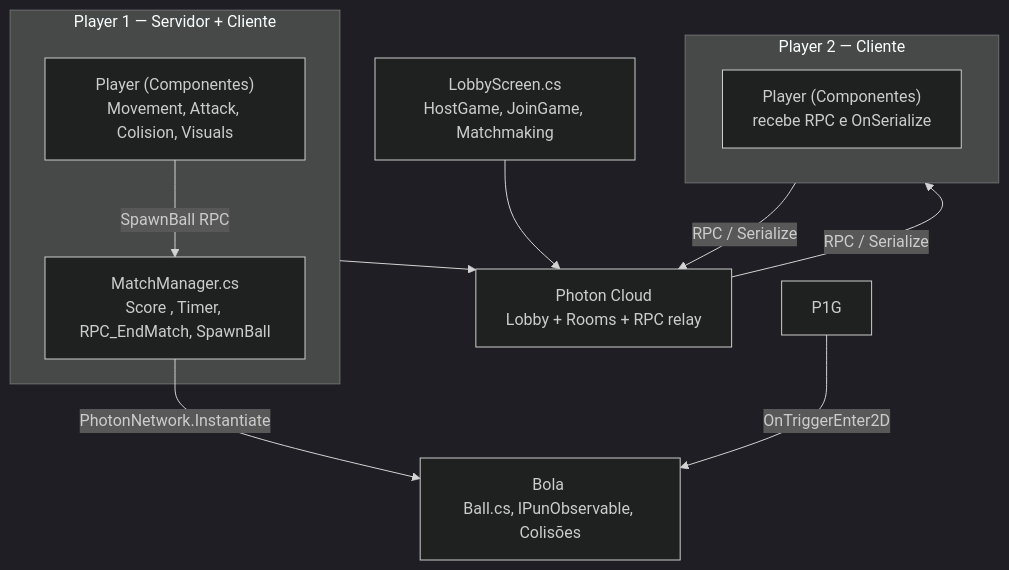
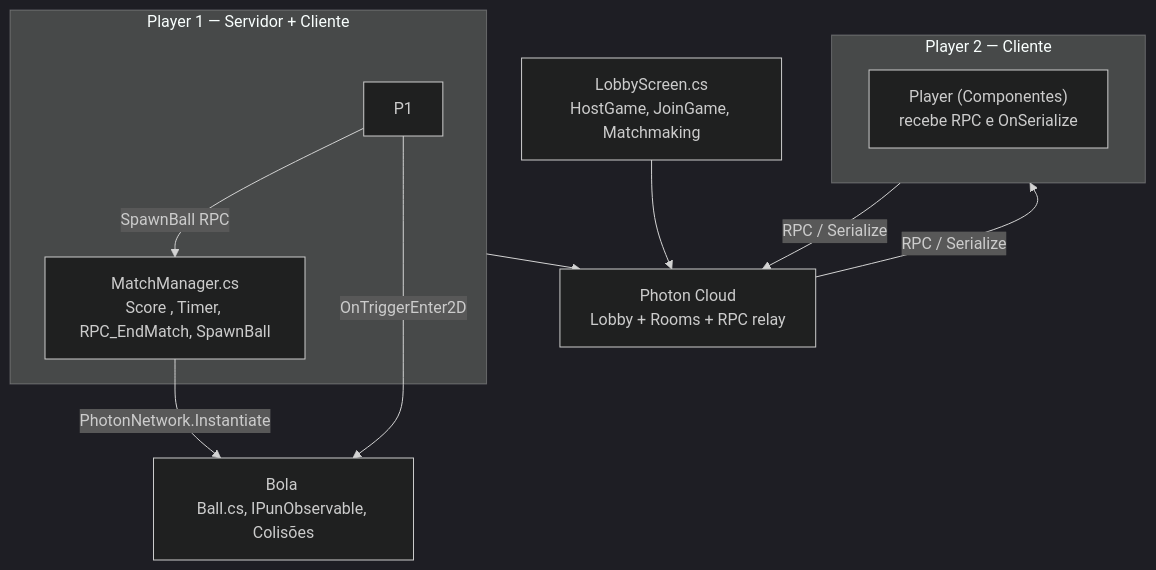
Before and after one commit to DinisB/NetGame: the diagram in readme.md, drawn with Mermaid (dark theme). The commit also changed other lines of this file and 1 other file, not shown here.

````diff
--- a/readme.md
+++ b/readme.md
@@ -70,17 +82,17 @@
 ```mermaid
 flowchart TB
  subgraph PLAYER1["Player 1 — Servidor + Cliente"]
         P1["Player (Componentes)<br>Movement, Attack, Colision, Visuals"]
         MM["MatchManager.cs\nScore , Timer, RPC_EndMatch, SpawnBall"]
   end
  subgraph PLAYER2["Player 2 — Cliente"]
         P2GO["Player (Componentes) \n recebe RPC e OnSerialize"]
   end
     PHOTON["Photon Cloud\nLobby + Rooms + RPC relay"] -- RPC / Serialize --> PLAYER2
     PLAYER2 -- RPC / Serialize --> PHOTON
     P1 -- SpawnBall RPC --> MM
     MM -- "PhotonNetwork.Instantiate" --> BALL["Bola \nBall.cs, IPunObservable, Colisões"]
-    P1G["P1G"] -- OnTriggerEnter2D --> BALL
+    P1["P1"] -- OnTriggerEnter2D --> BALL
     LOBBY["LobbyScreen.cs\nHostGame, JoinGame, Matchmaking"] --> PHOTON
     PLAYER1 --> PHOTON
 ```
````
